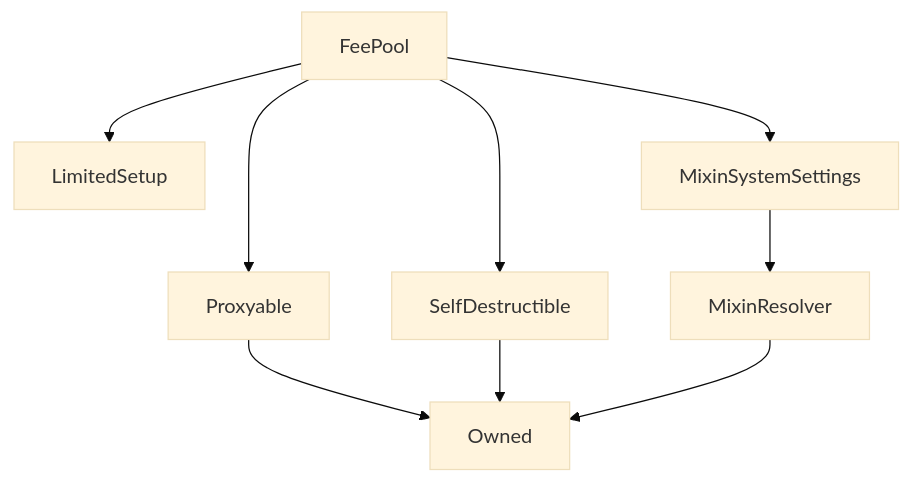
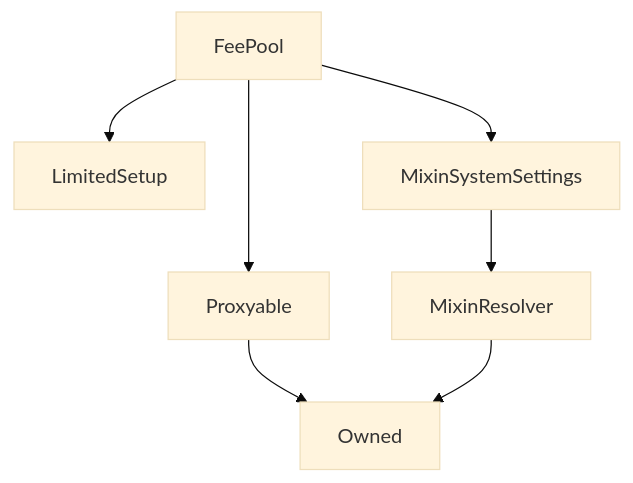
Before and after one commit to Synthetixio/synthetix-docs: the diagram in content/contracts/source/contracts/FeePool.md, drawn with Mermaid (base theme). The commit also changed other lines of this file and 100 other files, not shown here.

````diff
--- a/content/contracts/source/contracts/FeePool.md
+++ b/content/contracts/source/contracts/FeePool.md
@@ -24,12 +24,10 @@
 ```mermaid
 graph TD
     FeePool[FeePool] --> Proxyable[Proxyable]
-    FeePool[FeePool] --> SelfDestructible[SelfDestructible]
     FeePool[FeePool] --> LimitedSetup[LimitedSetup]
     FeePool[FeePool] --> MixinSystemSettings[MixinSystemSettings]
     Proxyable[Proxyable] --> Owned[Owned]
-    SelfDestructible[SelfDestructible] --> Owned[Owned]
     MixinSystemSettings[MixinSystemSettings] --> MixinResolver[MixinResolver]
     MixinResolver[MixinResolver] --> Owned[Owned]
 
 ```
````
